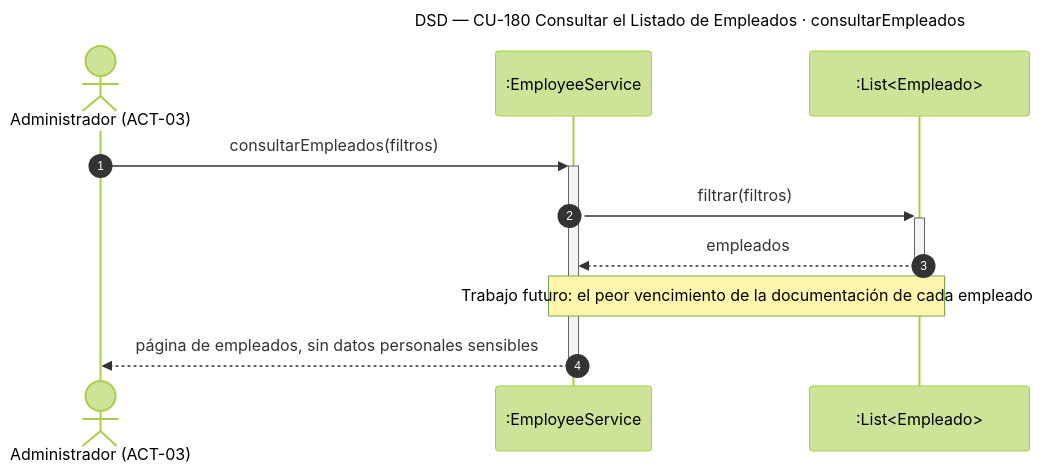
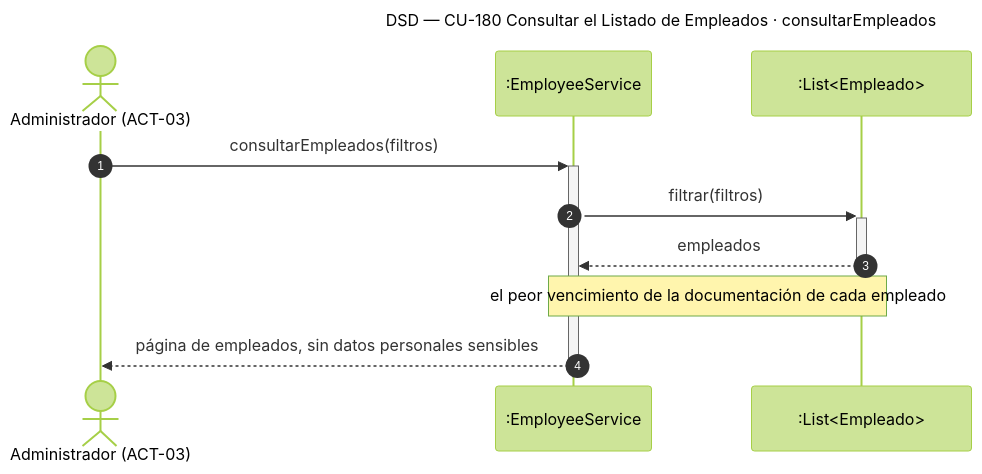
Before and after one commit to Nahuelito-Dev/splg-docs: the diagram in diagramas/DSD_CU-180_consultarEmpleados.mmd, drawn with Mermaid (forest theme). The commit also changed 8 other files, not shown here.

```diff
--- a/diagramas/DSD_CU-180_consultarEmpleados.mmd
+++ b/diagramas/DSD_CU-180_consultarEmpleados.mmd
@@ -1,12 +1,12 @@
 sequenceDiagram
     title DSD — CU-180 Consultar el Listado de Empleados · consultarEmpleados
     autonumber
     actor ADM as Administrador (ACT-03)
     participant SRV as :EmployeeService
     participant LST as :List#lt;Empleado#gt;
 
     ADM->>+SRV: consultarEmpleados(filtros)
     SRV->>+LST: filtrar(filtros)
     LST-->>-SRV: empleados
-    Note over SRV,LST: Trabajo futuro: el peor vencimiento de la documentación de cada empleado
+    Note over SRV,LST: el peor vencimiento de la documentación de cada empleado
     SRV-->>-ADM: página de empleados, sin datos personales sensibles
```
